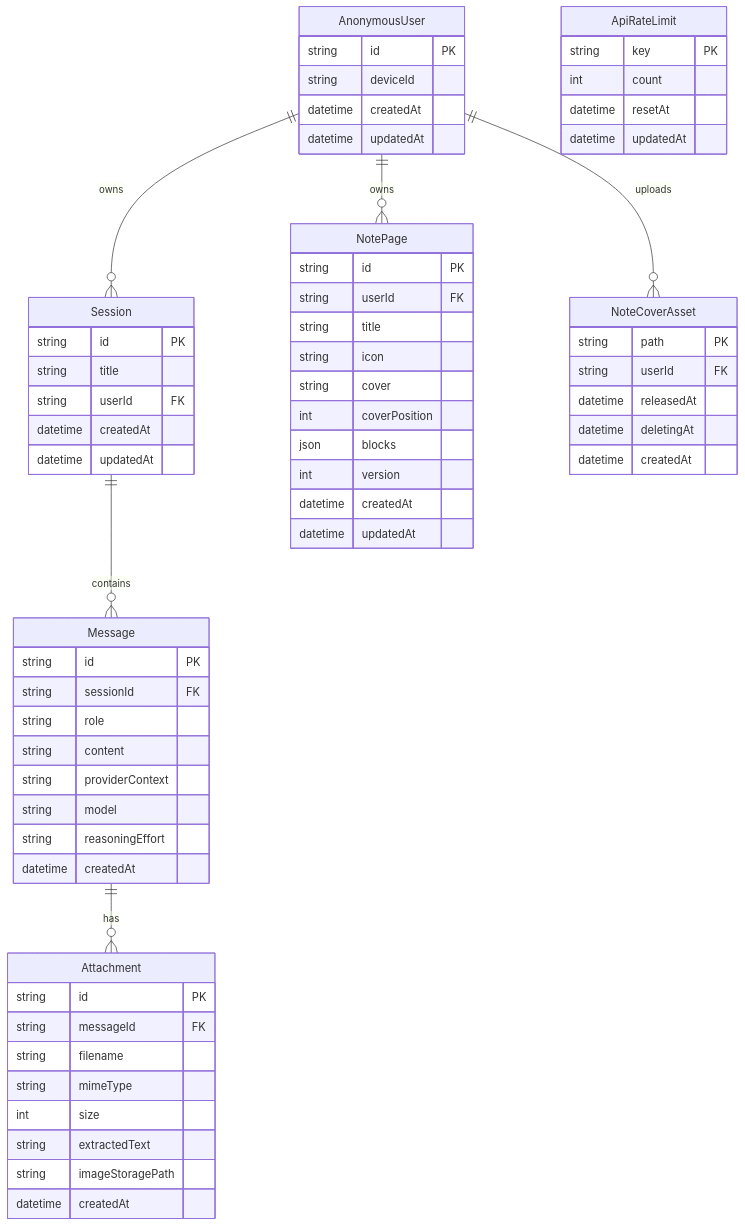
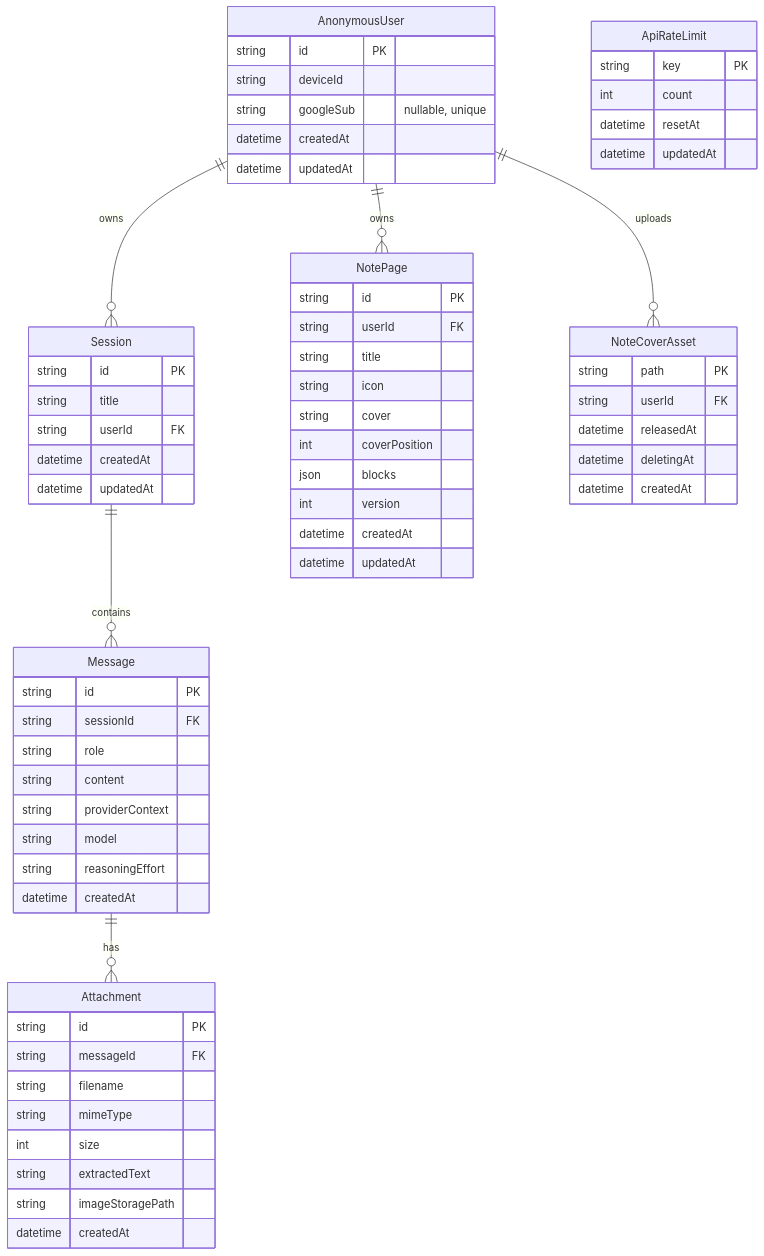
The diagram in docs/architecture/database.md (kakumine2001/NoteFable), drawn with Mermaid before and after one commit. The commit also changed other lines of this file and 17 other files, not shown here.

````diff
--- a/docs/architecture/database.md
+++ b/docs/architecture/database.md
@@ -58,73 +58,74 @@
 ```mermaid
 erDiagram
     AnonymousUser ||--o{ Session : owns
     Session ||--o{ Message : contains
     Message ||--o{ Attachment : has
     AnonymousUser ||--o{ NotePage : owns
     AnonymousUser ||--o{ NoteCoverAsset : uploads
 
     AnonymousUser {
         string id PK
         string deviceId
+        string googleSub "nullable, unique"
         datetime createdAt
         datetime updatedAt
     }
 
     NoteCoverAsset {
         string path PK
         string userId FK
         datetime releasedAt
         datetime deletingAt
         datetime createdAt
     }
 
     NotePage {
         string id PK
         string userId FK
         string title
         string icon
         string cover
         int coverPosition
         json blocks
         int version
         datetime createdAt
         datetime updatedAt
     }
 
     Session {
         string id PK
         string title
         string userId FK
         datetime createdAt
         datetime updatedAt
     }
 
     Message {
         string id PK
         string sessionId FK
         string role
         string content
         string providerContext
         string model
         string reasoningEffort
         datetime createdAt
     }
 
     Attachment {
         string id PK
         string messageId FK
         string filename
         string mimeType
         int size
         string extractedText
         string imageStoragePath
         datetime createdAt
     }
 
     ApiRateLimit {
         string key PK
         int count
         datetime resetAt
         datetime updatedAt
     }
 ```
````
